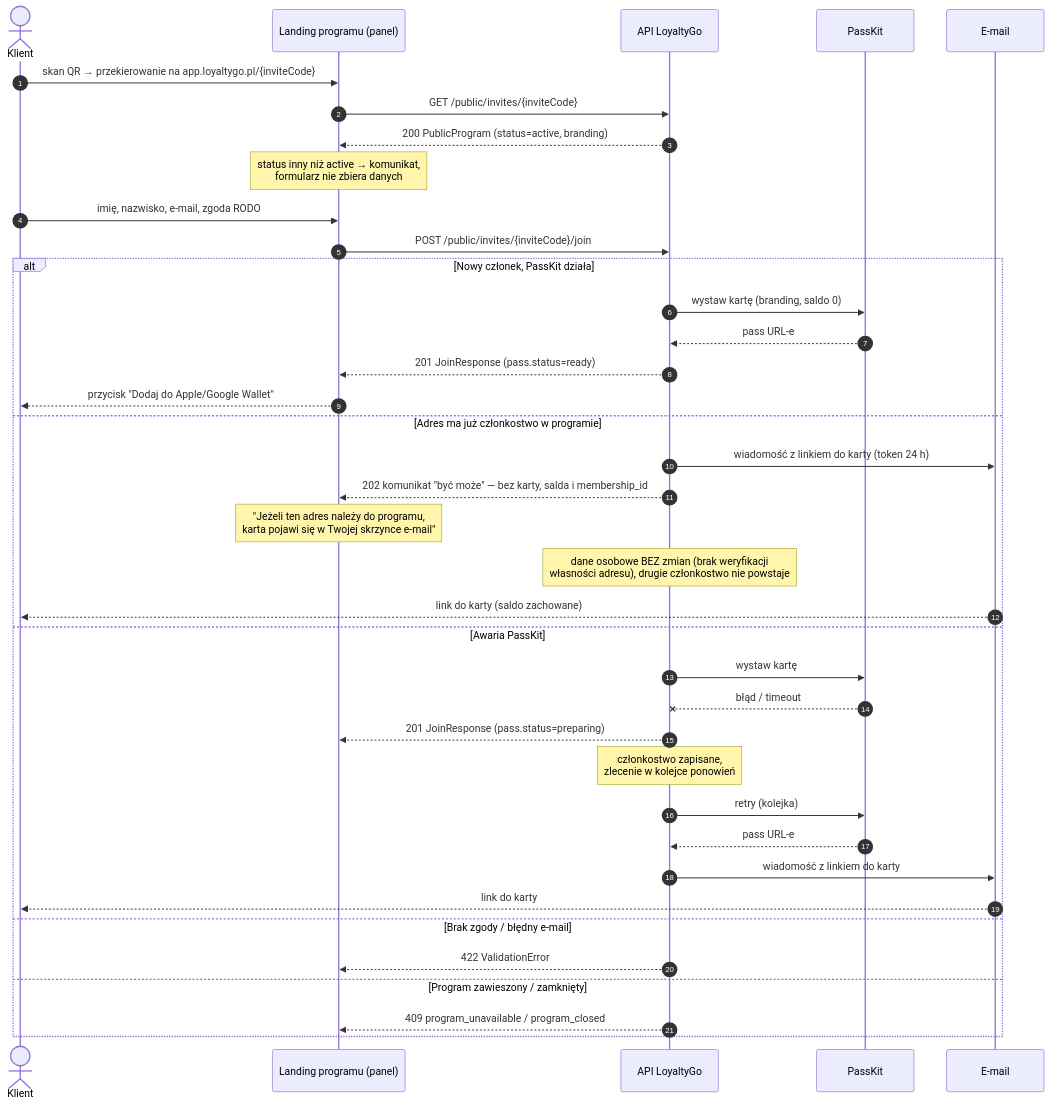
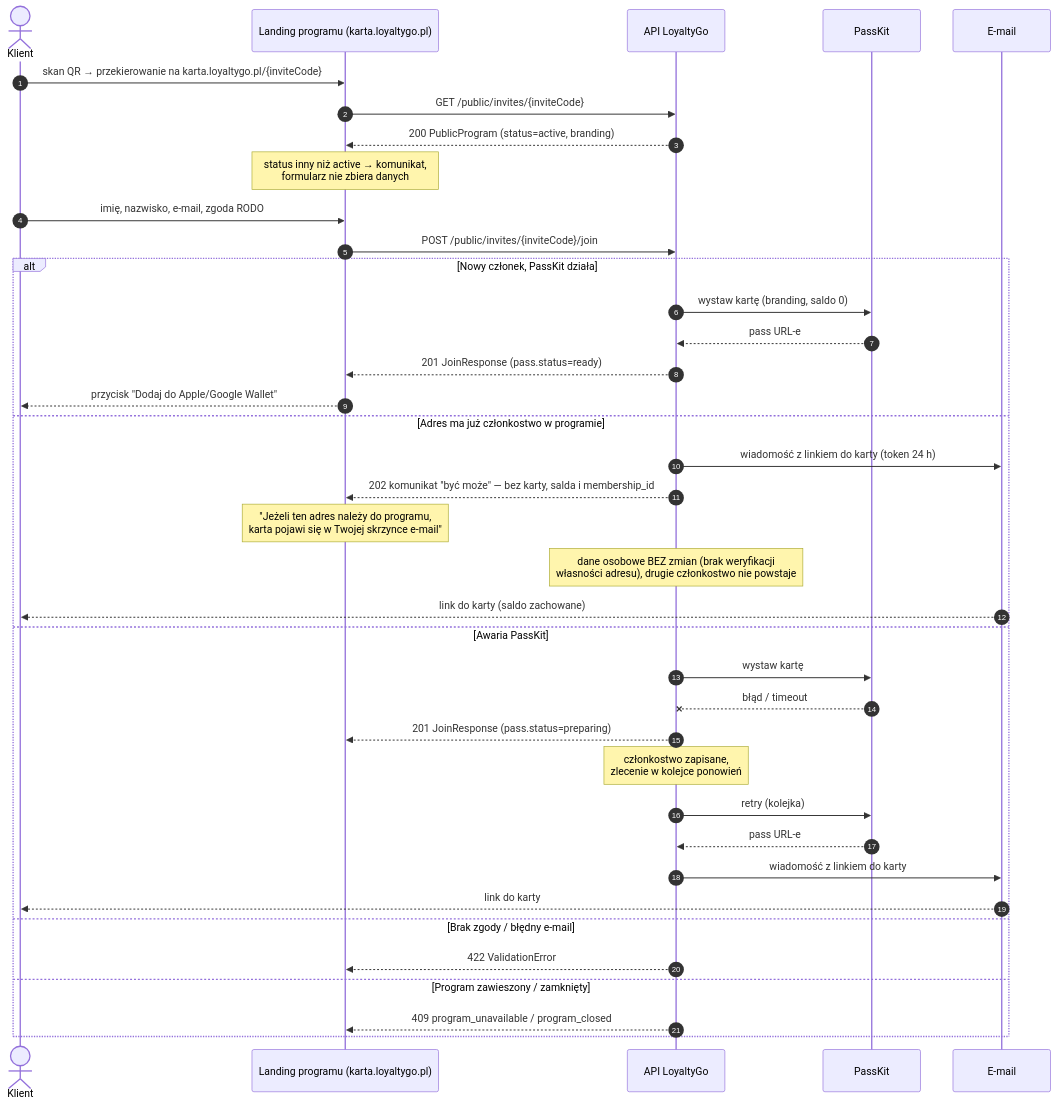
One commit to karszm/LoyaltyGo changed the first of 14 diagrams in docs/api/sequence-diagrams.md. Above: the diagram before and after it, drawn with Mermaid. The commit also changed other lines of this file and 2 other files, not shown here.

First line of the commit message:
fix(sdk-api): derive invite_url from PROGRAM_PAGE_BASE_URL, correct stale docs

````diff
--- a/docs/api/sequence-diagrams.md
+++ b/docs/api/sequence-diagrams.md
@@ -65,42 +65,42 @@
 ```mermaid
 sequenceDiagram
     autonumber
     actor K as Klient
-    participant S as Landing programu (panel)
+    participant S as Landing programu (karta.loyaltygo.pl)
     participant API as API LoyaltyGo
     participant PK as PassKit
     participant M as E-mail
 
-    K->>S: skan QR → przekierowanie na app.loyaltygo.pl/{inviteCode}
+    K->>S: skan QR → przekierowanie na karta.loyaltygo.pl/{inviteCode}
     S->>API: GET /public/invites/{inviteCode}
     API-->>S: 200 PublicProgram (status=active, branding)
     Note over S: status inny niż active → komunikat,<br/>formularz nie zbiera danych
     K->>S: imię, nazwisko, e-mail, zgoda RODO
     S->>API: POST /public/invites/{inviteCode}/join
 
     alt Nowy członek, PassKit działa
         API->>PK: wystaw kartę (branding, saldo 0)
         PK-->>API: pass URL-e
         API-->>S: 201 JoinResponse (pass.status=ready)
         S-->>K: przycisk "Dodaj do Apple/Google Wallet"
     else Adres ma już członkostwo w programie
         API->>M: wiadomość z linkiem do karty (token 24 h)
         API-->>S: 202 komunikat "być może" — bez karty, salda i membership_id
         Note over S: "Jeżeli ten adres należy do programu,<br/>karta pojawi się w Twojej skrzynce e-mail"
         Note over API: dane osobowe BEZ zmian (brak weryfikacji<br/>własności adresu), drugie członkostwo nie powstaje
         M-->>K: link do karty (saldo zachowane)
     else Awaria PassKit
         API->>PK: wystaw kartę
         PK--x API: błąd / timeout
         API-->>S: 201 JoinResponse (pass.status=preparing)
         Note over API: członkostwo zapisane,<br/>zlecenie w kolejce ponowień
         API->>PK: retry (kolejka)
         PK-->>API: pass URL-e
         API->>M: wiadomość z linkiem do karty
         M-->>K: link do karty
     else Brak zgody / błędny e-mail
         API-->>S: 422 ValidationError
     else Program zawieszony / zamknięty
         API-->>S: 409 program_unavailable / program_closed
     end
 ```
````
